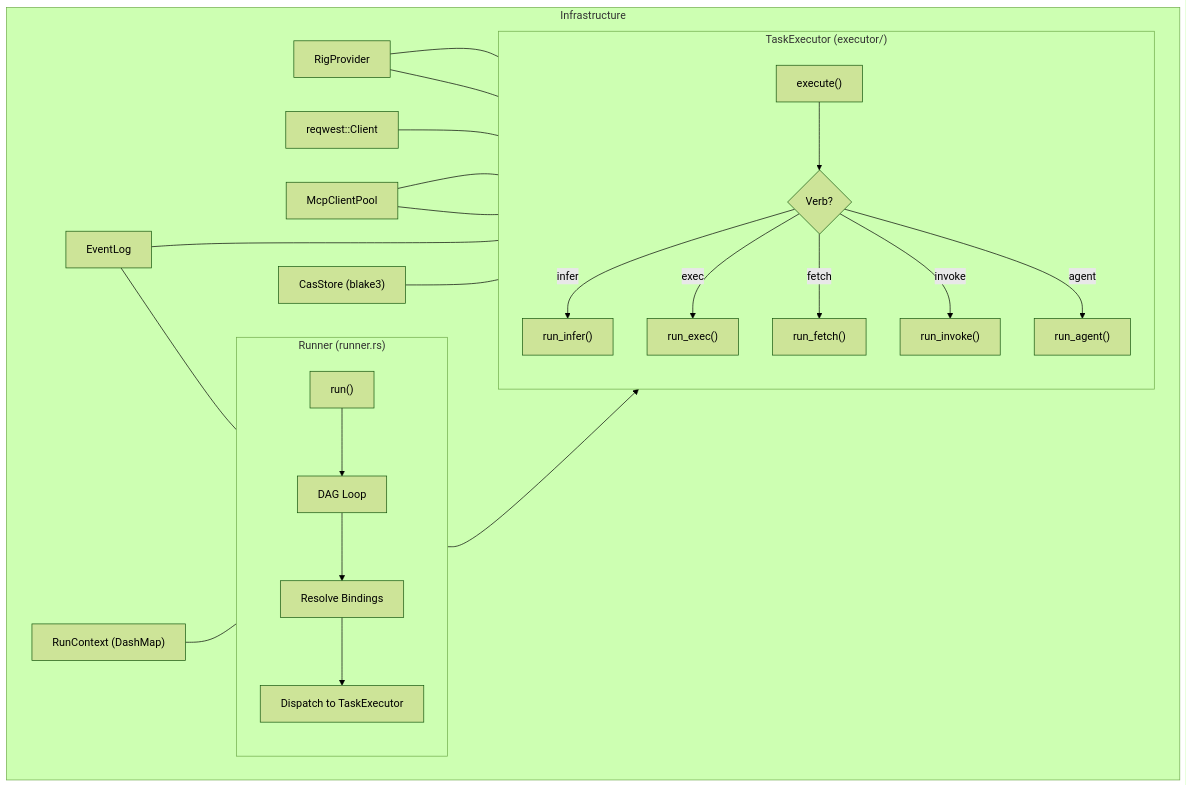
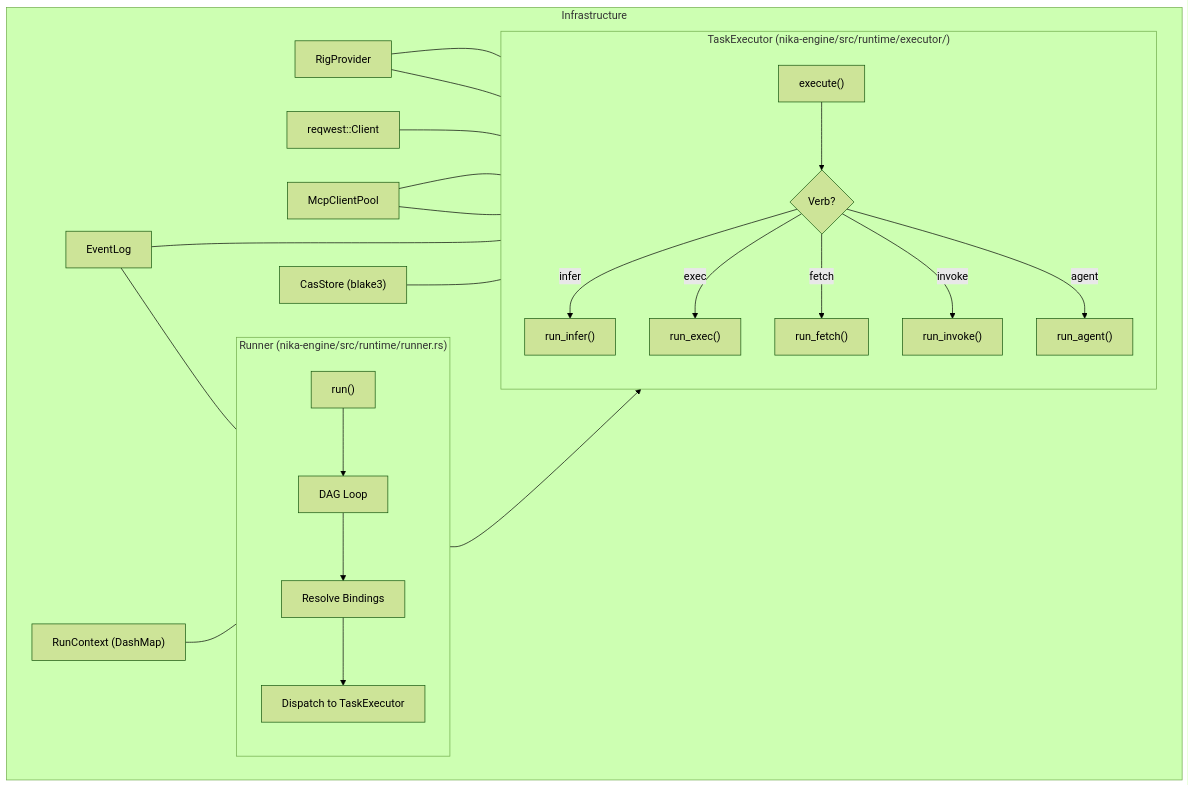
The diagram in docs/content/technical/runtime-architecture.md (supernovae-st/nika), drawn with Mermaid (forest theme) before and after one commit. The commit also changed 10 other files, not shown here.

````diff
--- a/docs/content/technical/runtime-architecture.md
+++ b/docs/content/technical/runtime-architecture.md
@@ -7,33 +7,33 @@
 ```mermaid
 flowchart TB
-    subgraph Runner["Runner (runner.rs)"]
+    subgraph Runner["Runner (nika-engine/src/runtime/runner.rs)"]
         direction TB
         RUN["run()"] --> DAGLOOP["DAG Loop"]
         DAGLOOP --> RESOLVE["Resolve Bindings"]
         RESOLVE --> DISPATCH["Dispatch to TaskExecutor"]
     end
 
-    subgraph Executor["TaskExecutor (executor/)"]
+    subgraph Executor["TaskExecutor (nika-engine/src/runtime/executor/)"]
         direction TB
         EXEC_MAIN["execute()"] --> VERB{"Verb?"}
         VERB -->|infer| INFER["run_infer()"]
         VERB -->|exec| SH["run_exec()"]
         VERB -->|fetch| FETCH["run_fetch()"]
         VERB -->|invoke| INVOKE["run_invoke()"]
         VERB -->|agent| AGENT["run_agent()"]
     end
 
     subgraph Infrastructure
         PROV["RigProvider"] --- INFER
         PROV --- AGENT
         HTTP["reqwest::Client"] --- FETCH
         MCP_POOL["McpClientPool"] --- INVOKE
         MCP_POOL --- AGENT
         EVENTS["EventLog"] --- Runner
         EVENTS --- Executor
         STORE["RunContext (DashMap)"] --- Runner
         CAS["CasStore (blake3)"] --- Executor
     end
 
     Runner --> Executor
 ```
````
